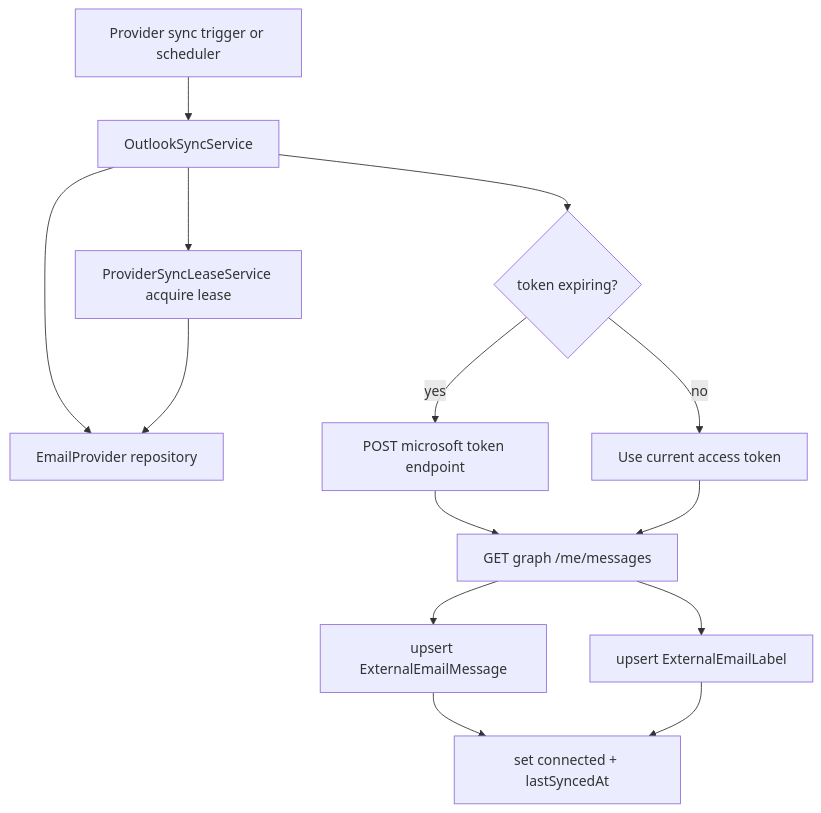
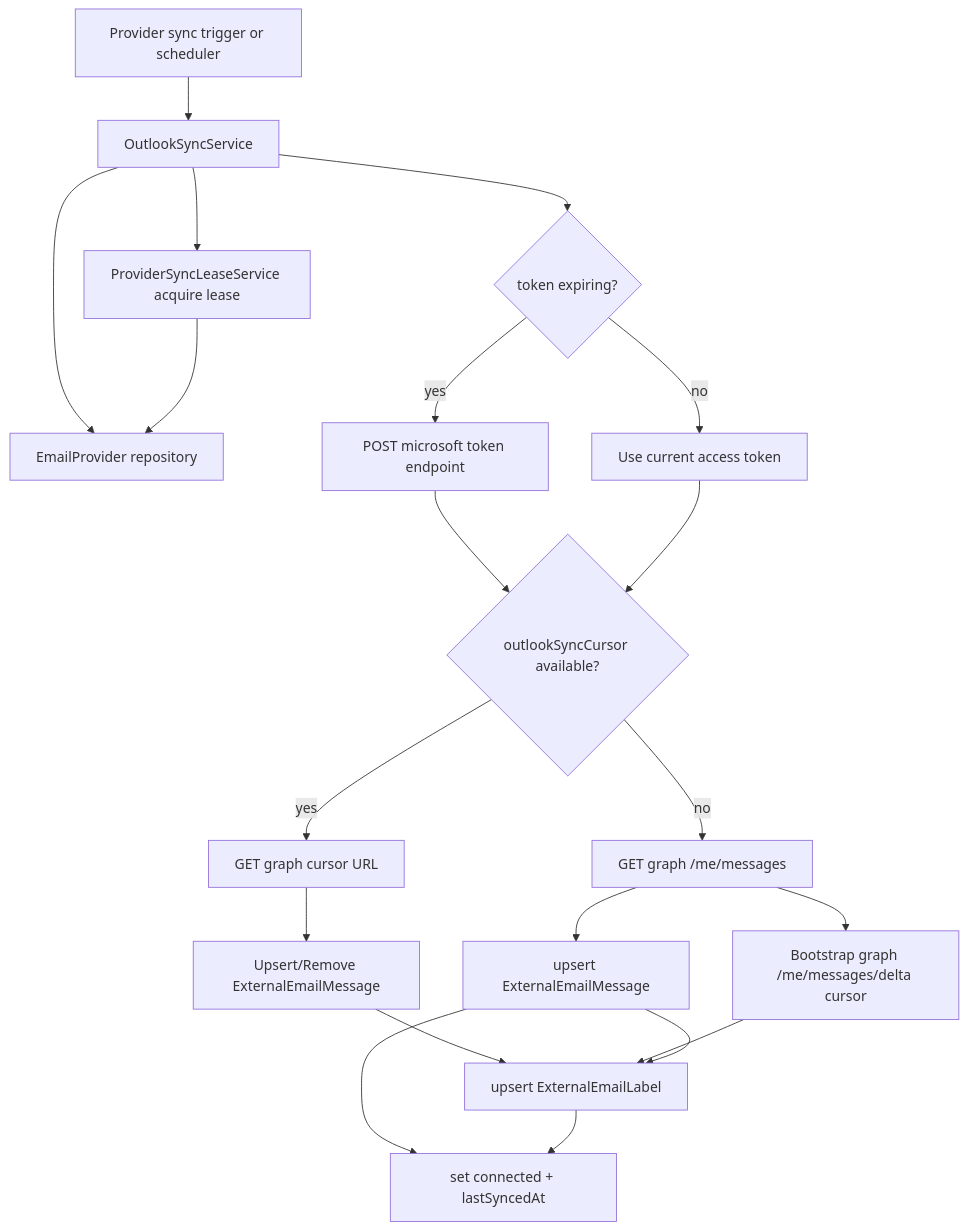
Before and after one commit to AmanVatsSharma/MailZen-Smart-Email-Management: the diagram in apps/backend/src/outlook-sync/README.md, drawn with Mermaid. The commit also changed other lines of this file and 7 other files, not shown here.

Commit message:
Add outlook incremental sync cursor persistence

````diff
--- a/apps/backend/src/outlook-sync/README.md
+++ b/apps/backend/src/outlook-sync/README.md
@@ -41,16 +43,22 @@
 ```mermaid
 flowchart TD
   UI[Provider sync trigger or scheduler] --> Service[OutlookSyncService]
   Service --> ProviderRepo[EmailProvider repository]
   Service --> TokenCheck{token expiring?}
   TokenCheck -->|yes| RefreshToken[POST microsoft token endpoint]
   TokenCheck -->|no| UseToken[Use current access token]
   Service --> Lease[ProviderSyncLeaseService acquire lease]
   Lease --> ProviderRepo
-  RefreshToken --> GraphList[GET graph /me/messages]
-  UseToken --> GraphList
+  RefreshToken --> Cursor{outlookSyncCursor available?}
+  UseToken --> Cursor
+  Cursor -->|yes| Delta[GET graph cursor URL]
+  Cursor -->|no| GraphList[GET graph /me/messages]
+  GraphList --> CaptureDelta[Bootstrap graph /me/messages/delta cursor]
+  Delta --> DeltaUpsert[Upsert/Remove ExternalEmailMessage]
+  DeltaUpsert --> UpsertLabels[upsert ExternalEmailLabel]
+  CaptureDelta --> UpsertLabels
   GraphList --> UpsertMessages[upsert ExternalEmailMessage]
-  GraphList --> UpsertLabels[upsert ExternalEmailLabel]
+  UpsertMessages --> UpsertLabels
   UpsertMessages --> ProviderStatus[set connected + lastSyncedAt]
   UpsertLabels --> ProviderStatus
 ```
````
